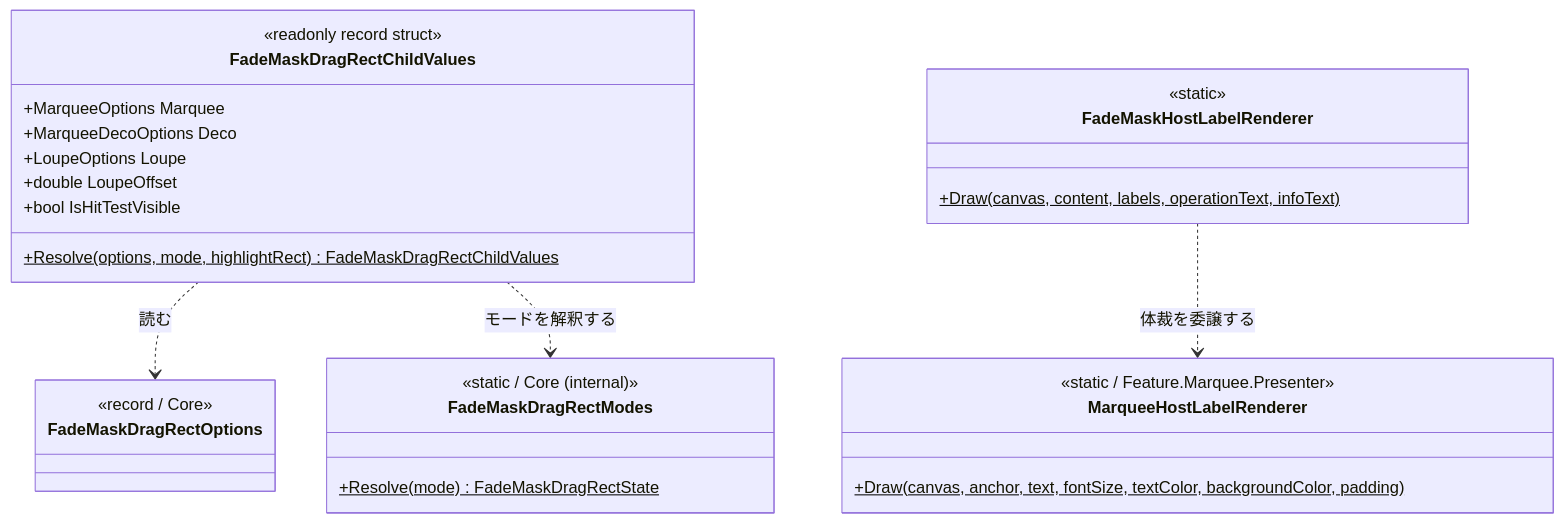
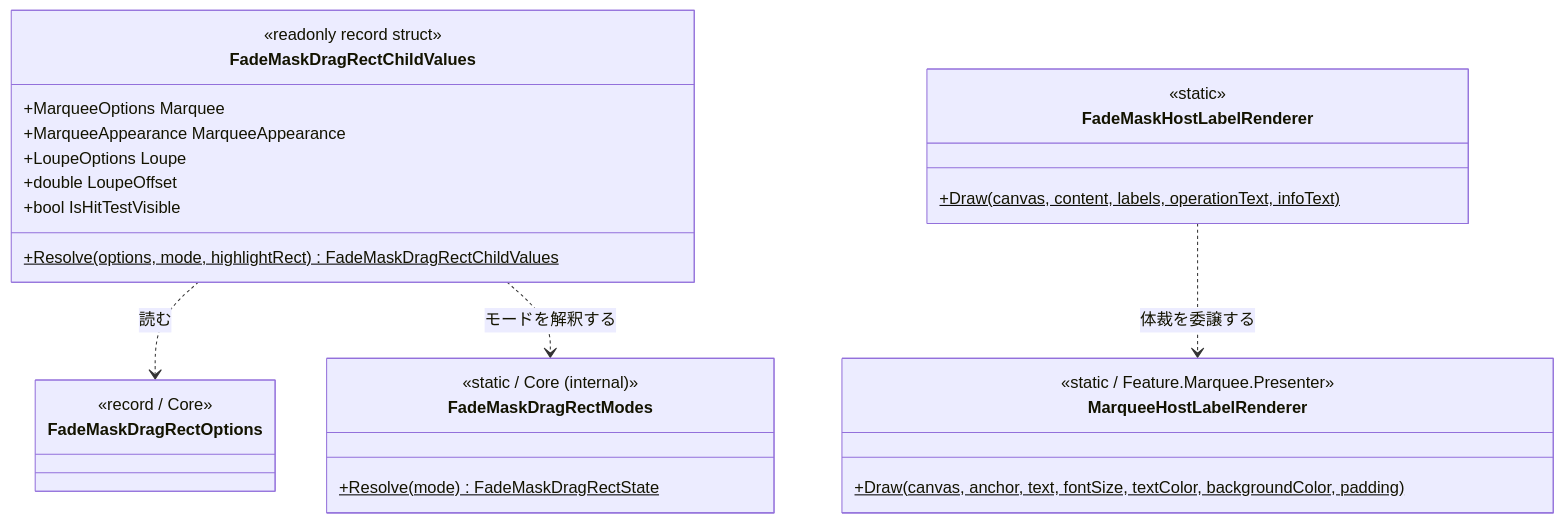
Before and after one commit to tomokuni/SaveEvidence: the second of 5 diagrams in src/FadeMaskDragRectControl.UIBase/SPEC_System.md, drawn with Mermaid. The commit also changed other lines of this file and 33 other files, not shown here.

````diff
--- a/src/FadeMaskDragRectControl.UIBase/SPEC_System.md
+++ b/src/FadeMaskDragRectControl.UIBase/SPEC_System.md
@@ -49,31 +49,31 @@
 ```mermaid
 classDiagram
   class FadeMaskDragRectChildValues {
     <<readonly record struct>>
     +MarqueeOptions Marquee
-    +MarqueeDecoOptions Deco
+    +MarqueeAppearance MarqueeAppearance
     +LoupeOptions Loupe
     +double LoupeOffset
     +bool IsHitTestVisible
     +Resolve(options, mode, highlightRect)$ FadeMaskDragRectChildValues
   }
   class FadeMaskHostLabelRenderer {
     <<static>>
     +Draw(canvas, content, labels, operationText, infoText)$
   }
   class FadeMaskDragRectOptions {
     <<record / Core>>
   }
   class FadeMaskDragRectModes {
     <<static / Core (internal)>>
     +Resolve(mode)$ FadeMaskDragRectState
   }
   class MarqueeHostLabelRenderer {
     <<static / Feature.Marquee.Presenter>>
     +Draw(canvas, anchor, text, fontSize, textColor, backgroundColor, padding)$
   }
 
   FadeMaskDragRectChildValues ..> FadeMaskDragRectOptions : 読む
   FadeMaskDragRectChildValues ..> FadeMaskDragRectModes : モードを解釈する
   FadeMaskHostLabelRenderer ..> MarqueeHostLabelRenderer : 体裁を委譲する
 ```
````
